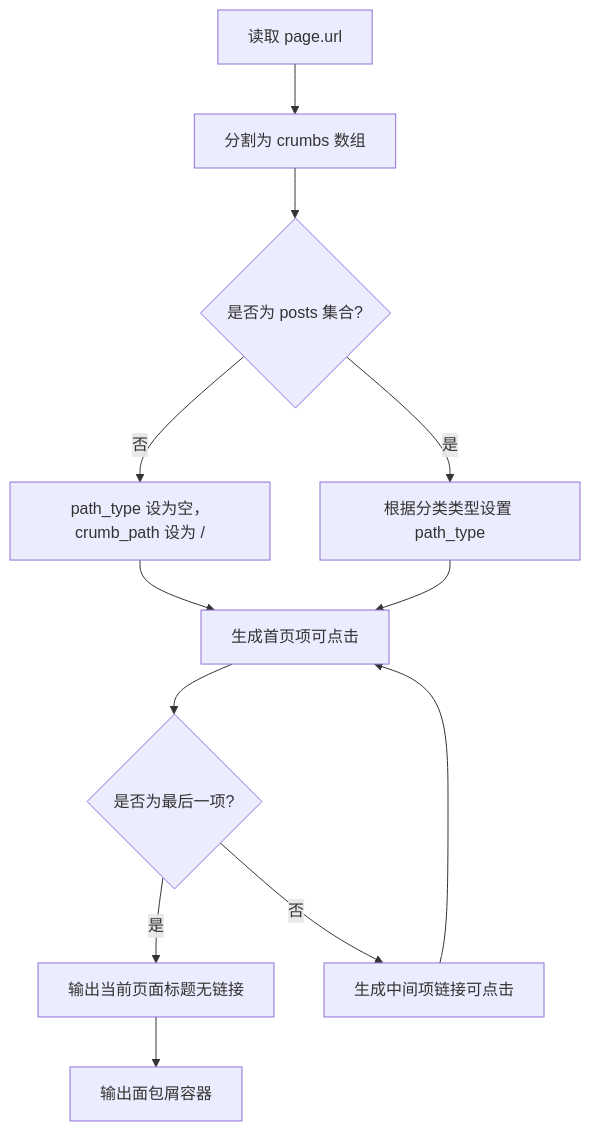
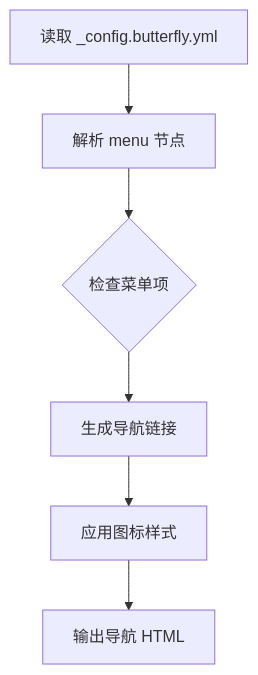
Before and after one commit to CoolPig0720/CoolPig0720.github.io: the third of 4 diagrams in .qoder/repowiki/zh/content/项目概述/核心功能特性/UI组件系统/导航组件.md, drawn with Mermaid. The commit also changed other lines of this file and 6 other files, not shown here.

````diff
--- a/.qoder/repowiki/zh/content/项目概述/核心功能特性/UI组件系统/导航组件.md
+++ b/.qoder/repowiki/zh/content/项目概述/核心功能特性/UI组件系统/导航组件.md
@@ -186,14 +105,8 @@
 ```mermaid
 flowchart TD
-A["读取 page.url"] --> B["分割为 crumbs 数组"]
-B --> C{"是否为 posts 集合?"}
-C --> |否| D["path_type 设为空，crumb_path 设为 /"]
-C --> |是| E["根据分类类型设置 path_type"]
-D --> F["生成首页项可点击"]
-E --> F
-F --> G{"是否为最后一项?"}
-G --> |是| H["输出当前页面标题无链接"]
-G --> |否| I["生成中间项链接可点击"]
-I --> F
-H --> J["输出面包屑容器"]
+A["读取 _config.butterfly.yml"] --> B["解析 menu 节点"]
+B --> C{"检查菜单项"}
+C --> D["生成导航链接"]
+D --> E["应用图标样式"]
+E --> F["输出导航 HTML"]
 ```
````
